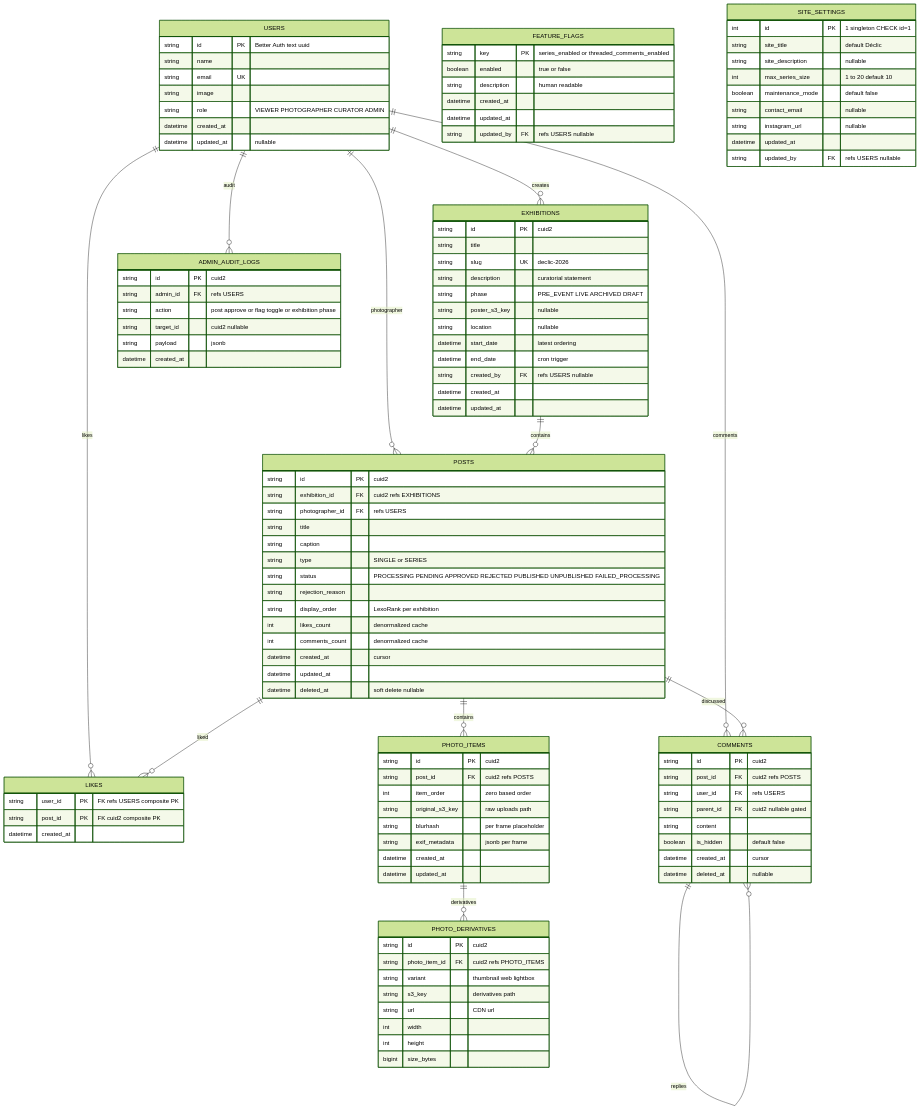
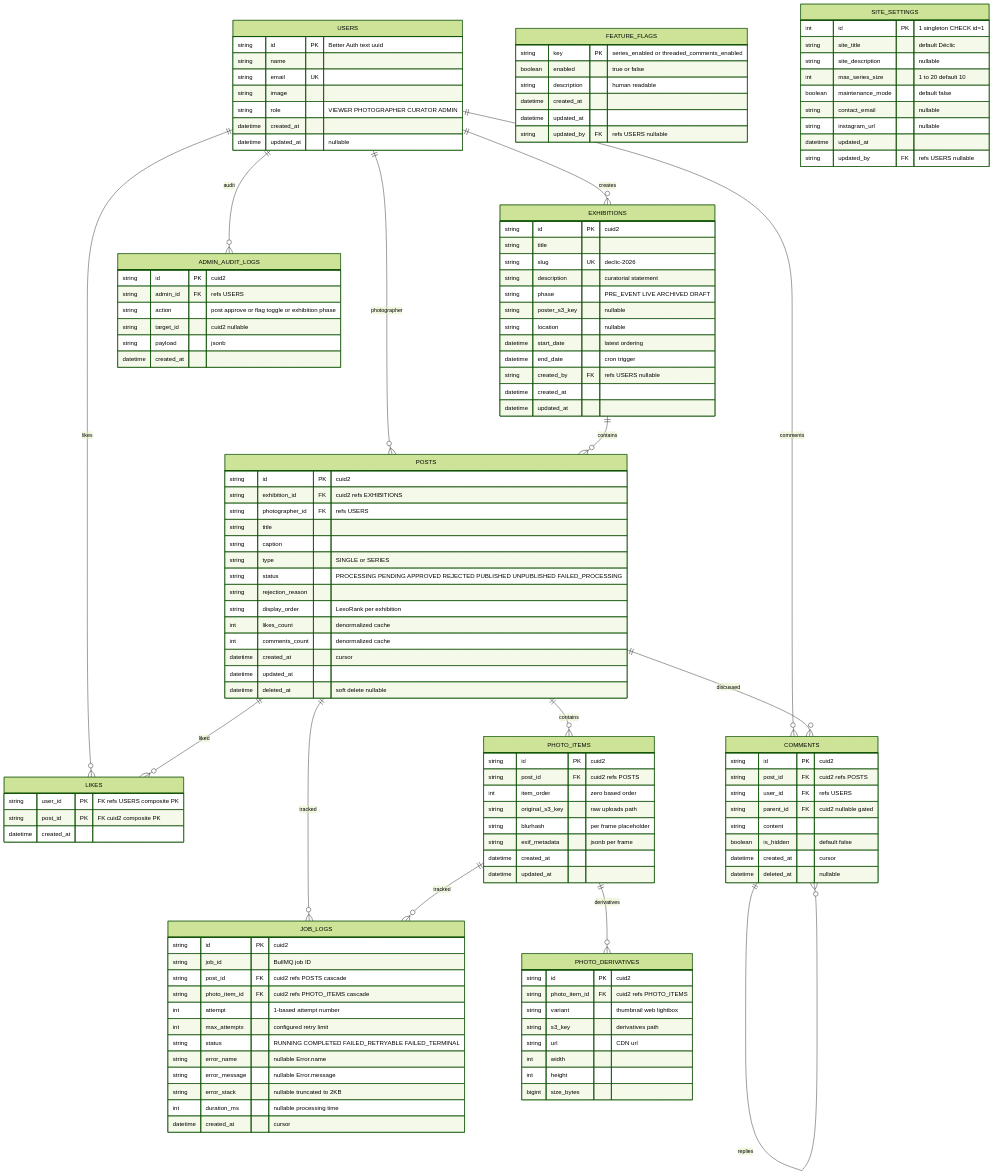
The diagram in docs/data/db-schema.md (bal16/declic-web), drawn with Mermaid (forest theme) before and after one commit. The commit also changed other lines of this file and 19 other files, not shown here.

First line of the commit message:
feat(db+worker): exhibitions schema + job_logs + worker error logging (#27)

```diff
--- a/docs/data/db-schema.md
+++ b/docs/data/db-schema.md
@@ -36,7 +36,9 @@
     POSTS ||--o{ PHOTO_ITEMS : contains
     POSTS ||--o{ LIKES : liked
     POSTS ||--o{ COMMENTS : discussed
+    POSTS ||--o{ JOB_LOGS : tracked
     PHOTO_ITEMS ||--o{ PHOTO_DERIVATIVES : derivatives
+    PHOTO_ITEMS ||--o{ JOB_LOGS : tracked
     COMMENTS ||--o{ COMMENTS : replies
 
     USERS {
@@ -138,6 +140,21 @@
         string updated_by FK "refs USERS nullable"
     }
 
+    JOB_LOGS {
+        string id PK "cuid2"
+        string job_id "BullMQ job ID"
+        string post_id FK "cuid2 refs POSTS cascade"
+        string photo_item_id FK "cuid2 refs PHOTO_ITEMS cascade"
+        int attempt "1-based attempt number"
+        int max_attempts "configured retry limit"
+        string status "RUNNING COMPLETED FAILED_RETRYABLE FAILED_TERMINAL"
+        string error_name "nullable Error.name"
+        string error_message "nullable Error.message"
+        string error_stack "nullable truncated to 2KB"
+        int duration_ms "nullable processing time"
+        datetime created_at "cursor"
+    }
+
     SITE_SETTINGS {
         int id PK "1 singleton CHECK id=1"
         string site_title "default Déclic"
```
